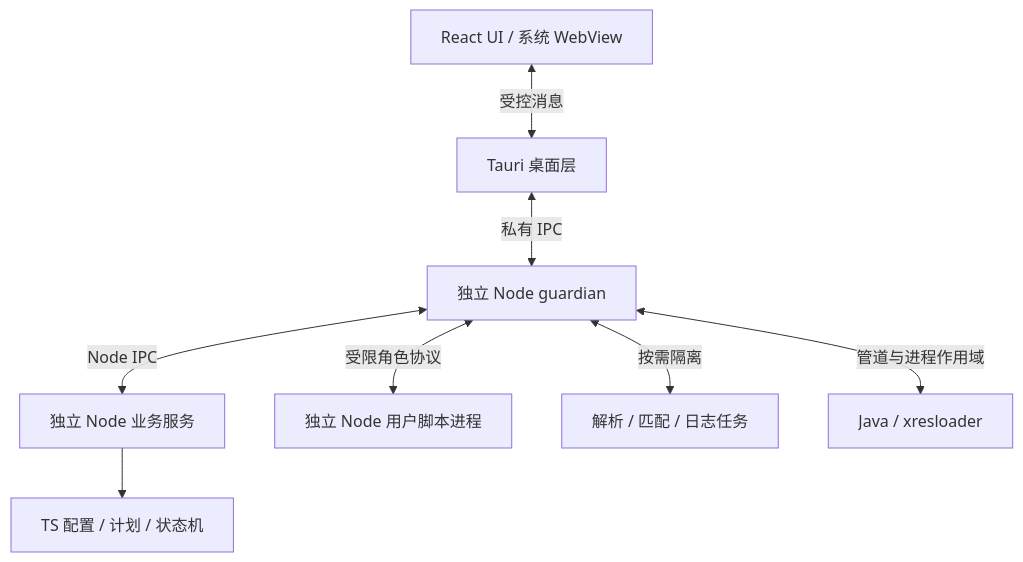
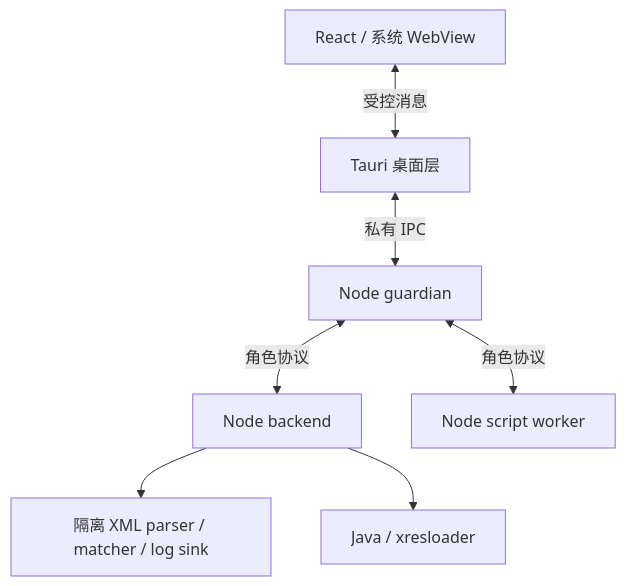
The diagram in Plan.md (owent/xresconv-gui), drawn with Mermaid before and after one commit. The commit also changed other lines of this file and 36 other files, not shown here.

````diff
--- a/Plan.md
+++ b/Plan.md
@@ -127,10 +60,9 @@
 ```mermaid
 flowchart TD
-    UI[React UI / 系统 WebView] <-->|受控消息| Host[Tauri 桌面层]
-    Host <-->|私有 IPC| Guard[独立 Node guardian]
-    Guard <-->|Node IPC| Backend[独立 Node 业务服务]
-    Backend --> Domain[TS 配置 / 计划 / 状态机]
-    Guard <-->|受限角色协议| Script[独立 Node 用户脚本进程]
-    Guard <-->|按需隔离| Helpers[解析 / 匹配 / 日志任务]
-    Guard <-->|管道与进程作用域| Java[Java / xresloader]
+    UI[React / 系统 WebView] <-->|受控消息| Host[Tauri 桌面层]
+    Host <-->|私有 IPC| Guard[Node guardian]
+    Guard <-->|角色协议| Backend[Node backend]
+    Guard <-->|角色协议| Script[Node script worker]
+    Backend --> Helpers[隔离 XML parser / matcher / log sink]
+    Backend --> Java[Java / xresloader]
 ```
````
